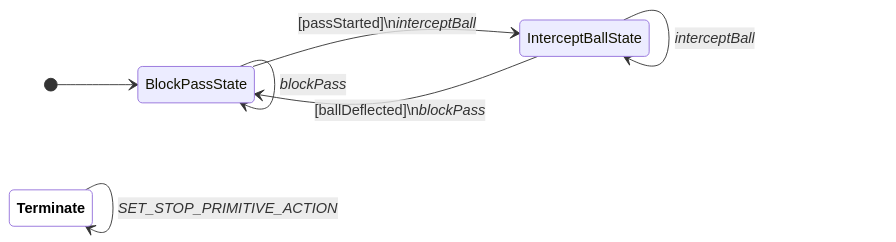
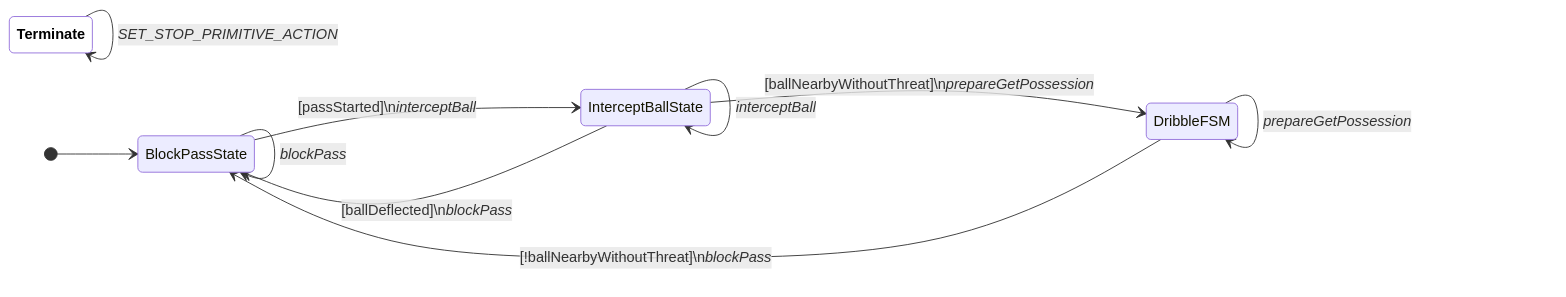
Before and after one commit to UBC-Thunderbots/Software: diagram 20 of 25 in docs/fsm-diagrams.md, drawn with Mermaid. The commit also changed 21 other files, not shown here.

````diff
--- a/docs/fsm-diagrams.md
+++ b/docs/fsm-diagrams.md
@@ -354,13 +354,16 @@
 ```mermaid
 
 stateDiagram-v2
 classDef terminate fill:white,color:black,font-weight:bold
 direction LR
 [*] --> BlockPassState
 BlockPassState --> InterceptBallState : [passStarted]\n<i>interceptBall</i>
 BlockPassState --> BlockPassState : <i>blockPass</i>
 InterceptBallState --> BlockPassState : [ballDeflected]\n<i>blockPass</i>
+InterceptBallState --> DribbleFSM : [ballNearbyWithoutThreat]\n<i>prepareGetPossession</i>
+DribbleFSM --> BlockPassState : [!ballNearbyWithoutThreat]\n<i>blockPass</i>
+DribbleFSM --> DribbleFSM : <i>prepareGetPossession</i>
 InterceptBallState --> InterceptBallState : <i>interceptBall</i>
 Terminate:::terminate --> Terminate:::terminate : <i>SET_STOP_PRIMITIVE_ACTION</i>
 
 ```
````
